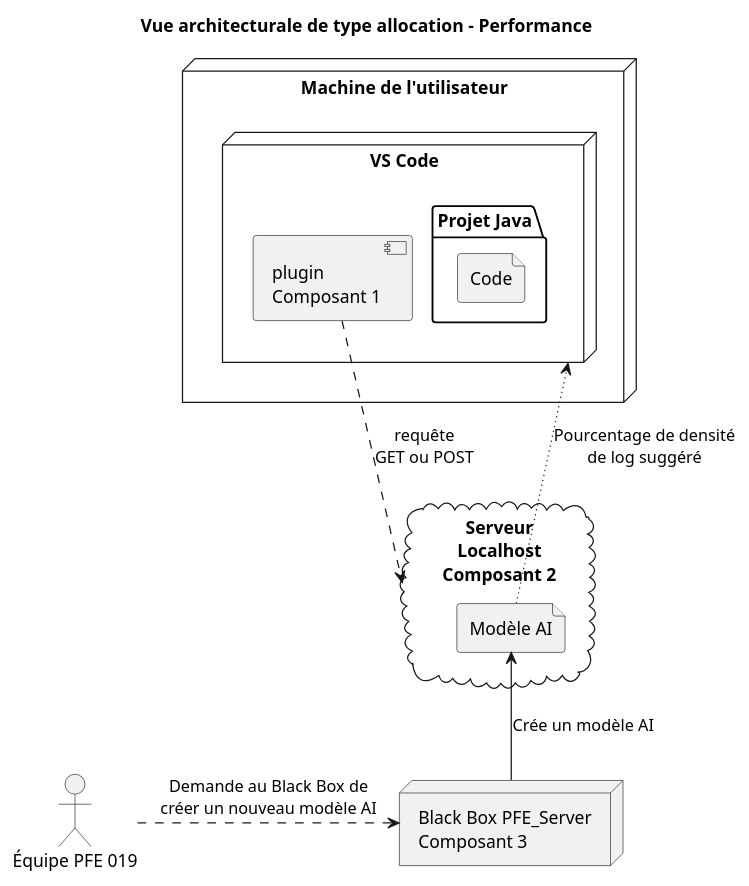
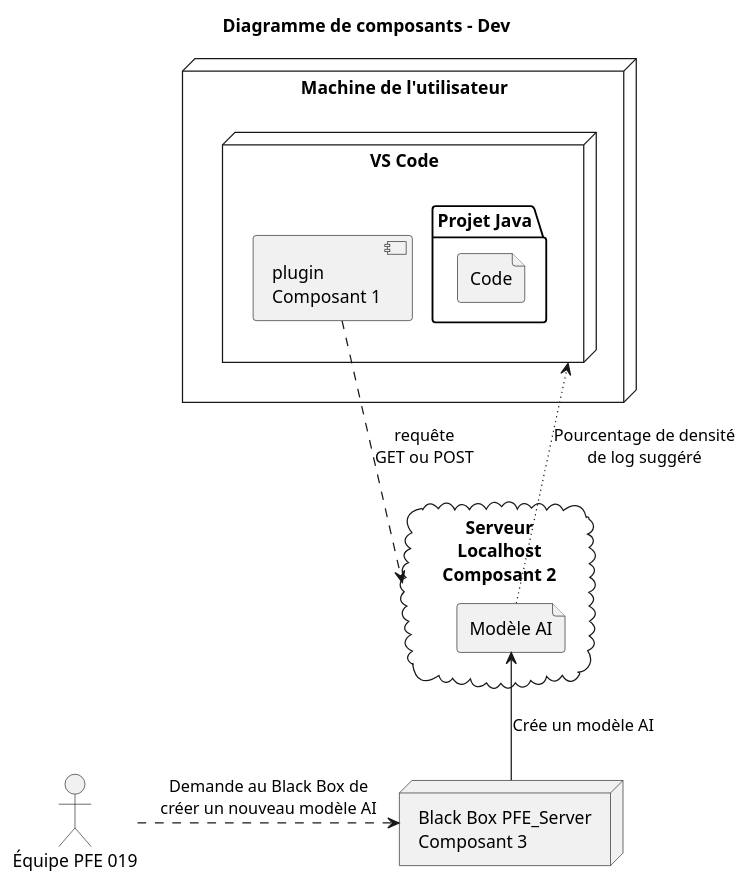
Before and after one commit to DaREf-MS/log-density-plugin: the diagram in artifacts/test.puml, drawn with PlantUML.

Commit message:
Title update for draft diagram

```diff
--- a/artifacts/test.puml
+++ b/artifacts/test.puml
@@ -1,28 +1,28 @@
 @startuml
-title Vue architecturale de type allocation - Performance
+title Diagramme de composants - Dev
 
 node "Machine de l'utilisateur" as machine {
     node "VS Code" as IDE {
         package "Projet Java" {
             file Code
         }
 
         component "plugin\nComposant 1" as plugin
     }
 }
 
 cloud "Serveur\nLocalhost\nComposant 2" as server {
     file "Modèle AI" as model
 }
 
 node "Black Box PFE_Server\nComposant 3" as black_box {
 }
 
 actor "Équipe PFE 019" as team
 
 plugin ..> server: "requête\nGET ou POST"
 model -[dotted]-> IDE: "Pourcentage de densité\nde log suggéré"
 black_box -u-> model: "Crée un modèle AI"
 team .r.> black_box: "Demande au Black Box de\ncréer un nouveau modèle AI"
 
 @enduml
```
